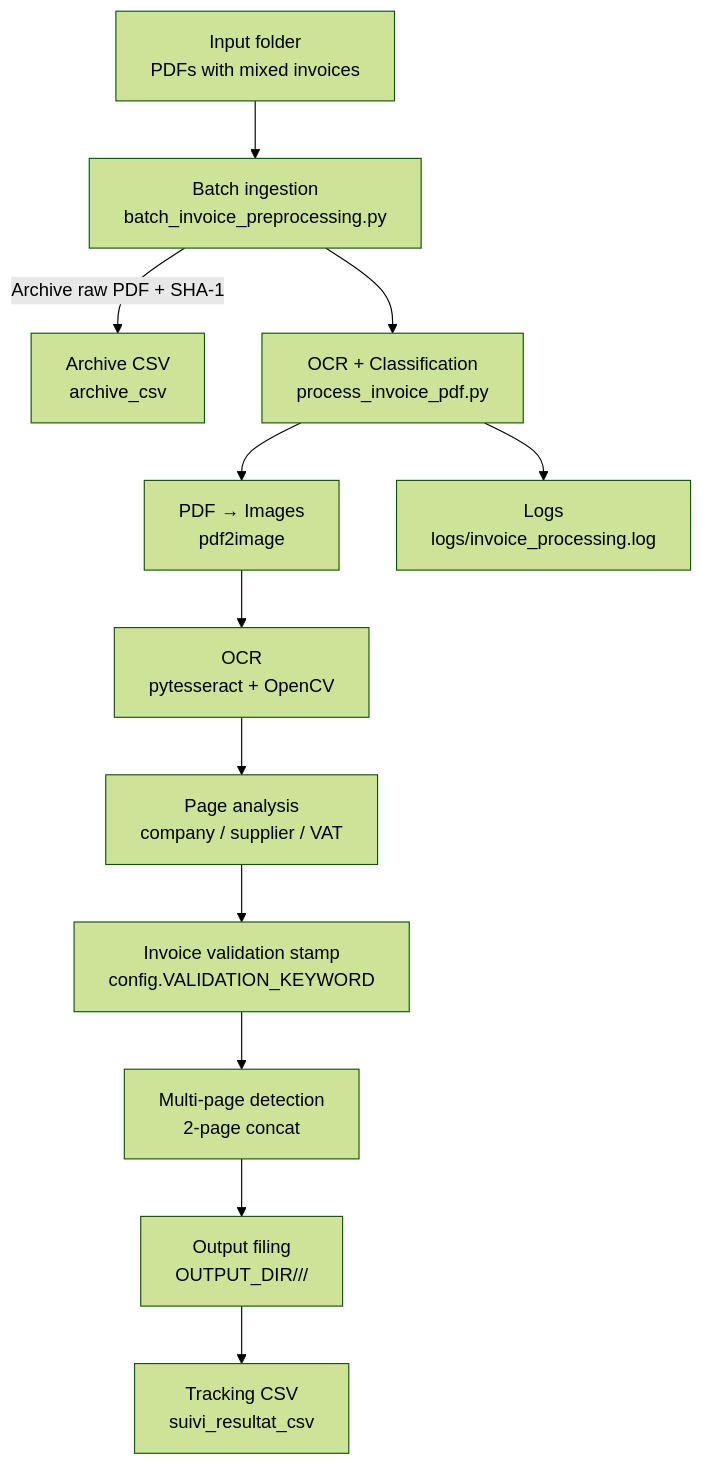
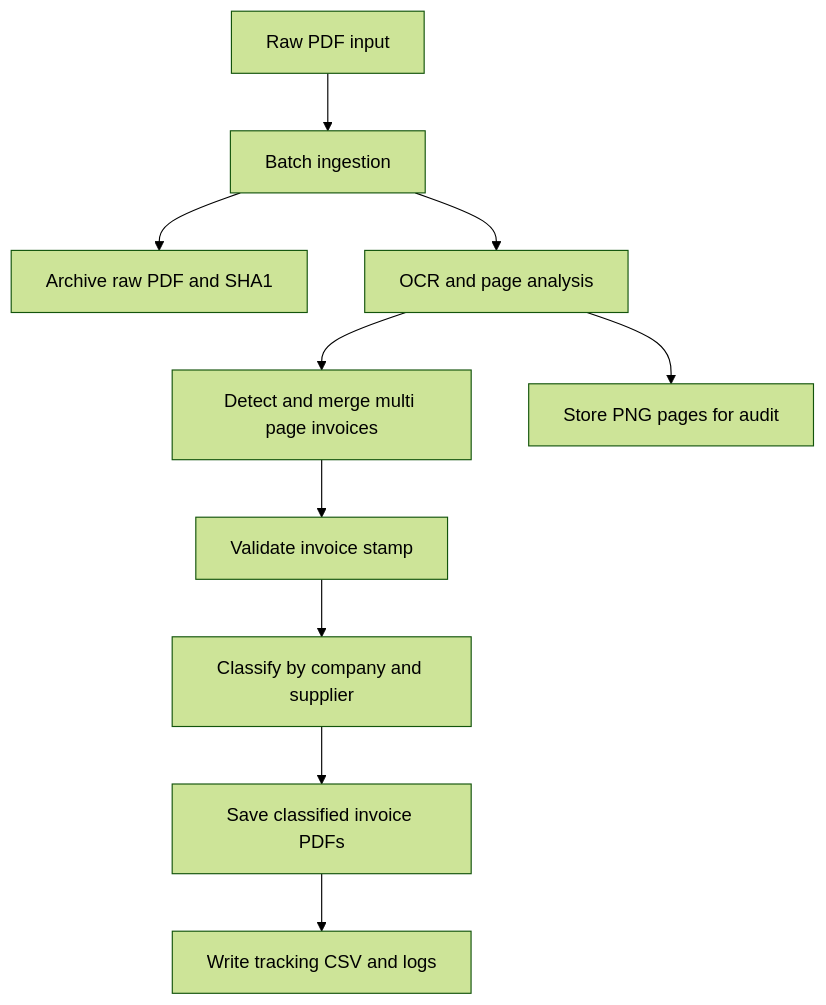
The diagram in README.md (hf2503/invoice-ocr-classifier), drawn with Mermaid (forest theme) before and after one commit. The commit also changed other lines of this file, not shown here.

````diff
--- a/README.md
+++ b/README.md
@@ -90,14 +90,13 @@
 ```mermaid
 flowchart TD
-    A[Input folder<br/>PDFs with mixed invoices] --> B[Batch ingestion<br/>batch_invoice_preprocessing.py]
-    B -->|Archive raw PDF + SHA-1| C[Archive CSV<br/>archive_csv]
-    B --> D[OCR + Classification<br/>process_invoice_pdf.py]
-    D --> E[PDF → Images<br/>pdf2image]
-    E --> F[OCR<br/>pytesseract + OpenCV]
-    F --> G[Page analysis<br/>company / supplier / VAT]
-    G --> H[Invoice validation stamp<br/>config.VALIDATION_KEYWORD]
-    H --> I[Multi-page detection<br/>2-page concat]
-    I --> J[Output filing<br/>OUTPUT_DIR/<company>/<supplier>/]
-    J --> K[Tracking CSV<br/>suivi_resultat_csv]
-    D --> L[Logs<br/>logs/invoice_processing.log]
+    A[Raw PDF input] --> B[Batch ingestion]
+    B --> C[Archive raw PDF and SHA1]
+    B --> D[OCR and page analysis]
+    D --> E[Detect and merge multi page invoices]
+    E --> F[Validate invoice stamp]
+    F --> G[Classify by company and supplier]
+    G --> H[Save classified invoice PDFs]
+    H --> I[Write tracking CSV and logs]
+    D --> J[Store PNG pages for audit]
+
 ```
````
